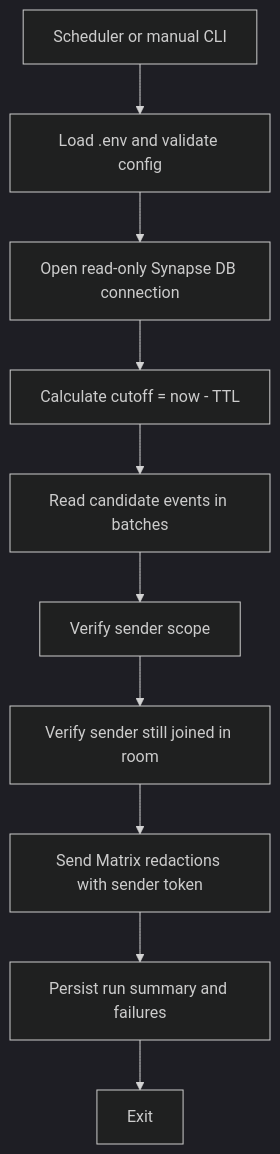
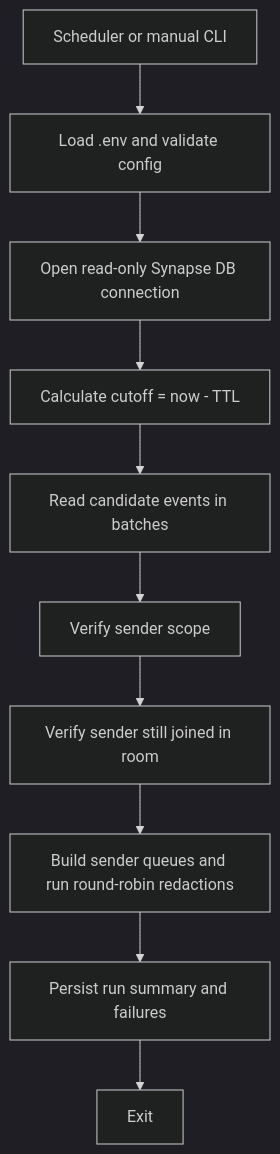
One commit to Hudrolax/europeya.matrix-redactor changed the first of 2 diagrams in docs/architecture.md. Above: the diagram before and after it, drawn with Mermaid (dark theme). The commit also changed other lines of this file and 8 other files, not shown here.

Commit message:
Schedule redactions round-robin by sender

````diff
--- a/docs/architecture.md
+++ b/docs/architecture.md
@@ -85,12 +87,12 @@
 ```mermaid
 flowchart TD
     A["Scheduler or manual CLI"] --> B["Load .env and validate config"]
     B --> C["Open read-only Synapse DB connection"]
     C --> D["Calculate cutoff = now - TTL"]
     D --> E["Read candidate events in batches"]
     E --> F["Verify sender scope"]
     F --> G["Verify sender still joined in room"]
-    G --> H["Send Matrix redactions with sender token"]
+    G --> H["Build sender queues and run round-robin redactions"]
     H --> I["Persist run summary and failures"]
     I --> J["Exit"]
 ```
````
